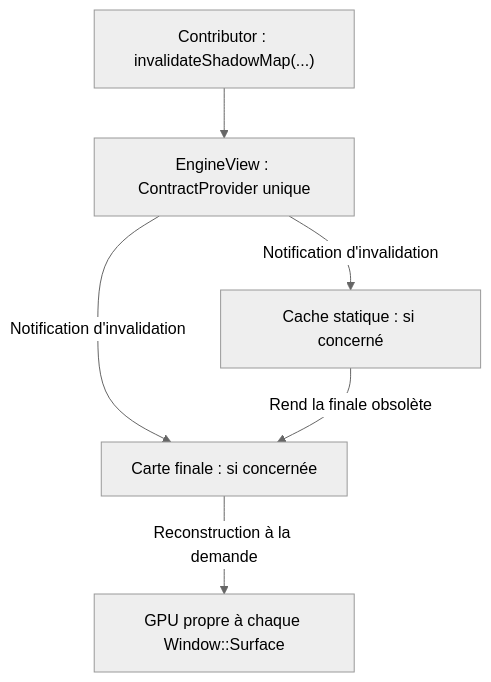
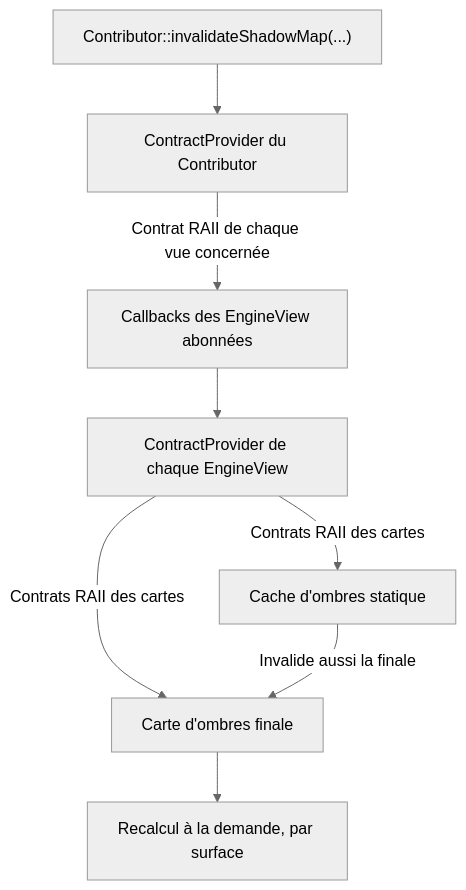
Before and after one commit to EreliaStudio/Sparkle: the tenth of 12 diagrams in docs/voxel-engine-v0.1.4-specification.md, drawn with Mermaid (neutral theme). The commit also changed other lines of this file, not shown here.

Commit message:
docs(v0.1.4): propagate shadow invalidation Contributor to subscribed views to shadow maps

````diff
--- a/docs/voxel-engine-v0.1.4-specification.md
+++ b/docs/voxel-engine-v0.1.4-specification.md
@@ -921,8 +919,10 @@
 ```mermaid
 flowchart TD
-  C["Contributor : invalidateShadowMap(...)"] --> V["EngineView : ContractProvider unique"]
-  V -->|"Notification d'invalidation"| S["Cache statique : si concerné"]
-  V -->|"Notification d'invalidation"| F["Carte finale : si concernée"]
-  S -->|"Rend la finale obsolète"| F
-  F -->|"Reconstruction à la demande"| GPU["GPU propre à chaque Window::Surface"]
+  C["Contributor::invalidateShadowMap(...)"] --> CP["ContractProvider du Contributor"]
+  CP -->|"Contrat RAII de chaque vue concernée"| V["Callbacks des EngineView abonnées"]
+  V --> VP["ContractProvider de chaque EngineView"]
+  VP -->|"Contrats RAII des cartes"| SM["Cache d'ombres statique"]
+  VP -->|"Contrats RAII des cartes"| FM["Carte d'ombres finale"]
+  SM -->|"Invalide aussi la finale"| FM
+  FM --> GPU["Recalcul à la demande, par surface"]
 ```
````
